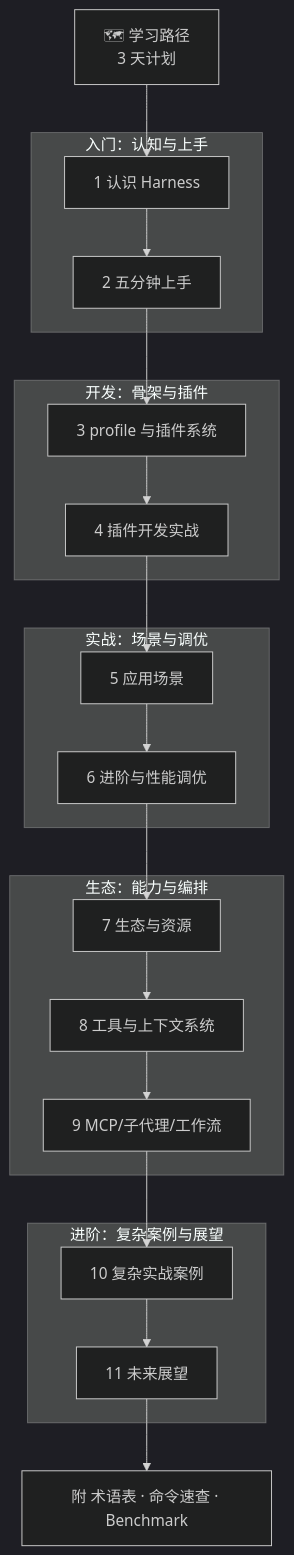
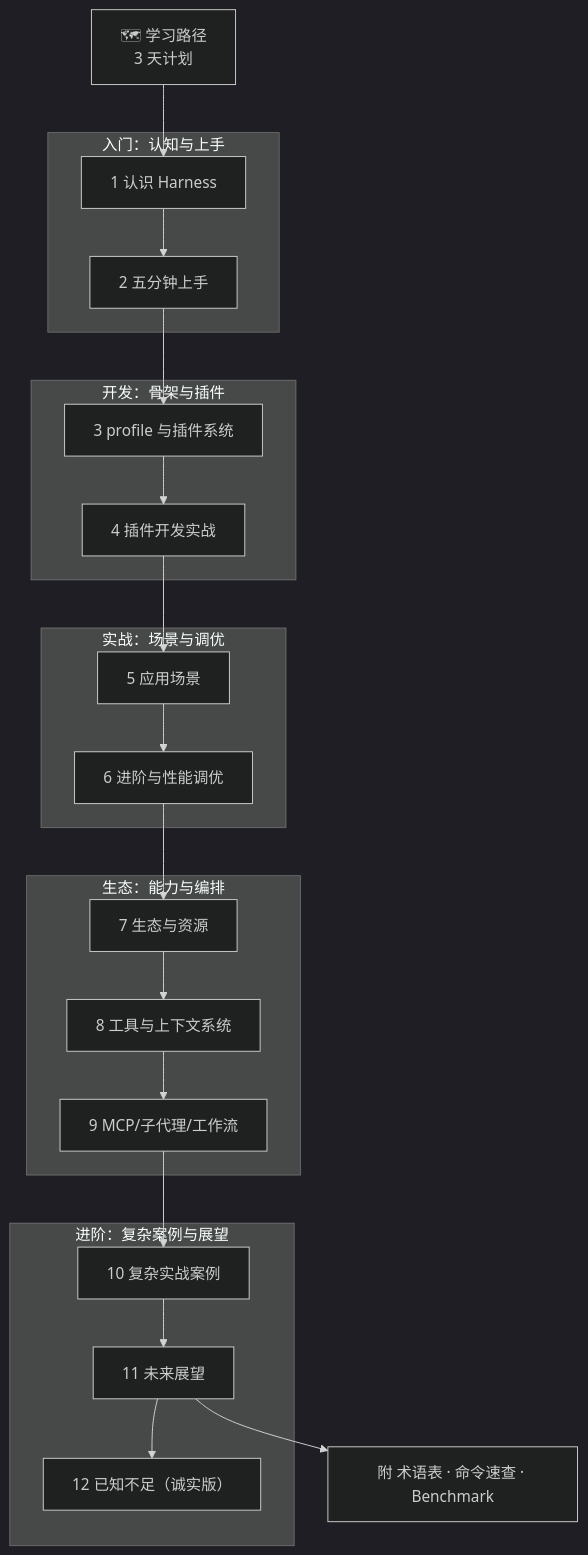
One commit to Electricitysheep/dsh-handbook changed the diagram in README.md. Above: the diagram before and after it, drawn with Mermaid (dark theme). The commit also changed other lines of this file and 2 other files, not shown here.

Commit message:
docs: 新增第12章 已知不足与边界（rc版诚实分析）+ README/llms 更新引用

````diff
--- a/README.md
+++ b/README.md
@@ -71,25 +71,26 @@
 ```mermaid
 flowchart TD
     Roadmap["🗺 学习路径<br/>3 天计划"] --> C1
     subgraph 入门["入门：认知与上手"]
         C1["1 认识 Harness"] --> C2["2 五分钟上手"]
     end
     C2 --> C3
     subgraph 开发["开发：骨架与插件"]
         C3["3 profile 与插件系统"] --> C4["4 插件开发实战"]
     end
     C4 --> C5
     subgraph 实战["实战：场景与调优"]
         C5["5 应用场景"] --> C6["6 进阶与性能调优"]
     end
     C6 --> C7
     subgraph 生态["生态：能力与编排"]
         C7["7 生态与资源"] --> C8["8 工具与上下文系统"]
         C8 --> C9["9 MCP/子代理/工作流"]
     end
     C9 --> C10
     subgraph 进阶["进阶：复杂案例与展望"]
         C10["10 复杂实战案例"] --> C11["11 未来展望"]
+    C11 --> C12["12 已知不足（诚实版）"]
     end
     C11 --> Appendix["附 术语表 · 命令速查 · Benchmark"]
 ```
````
